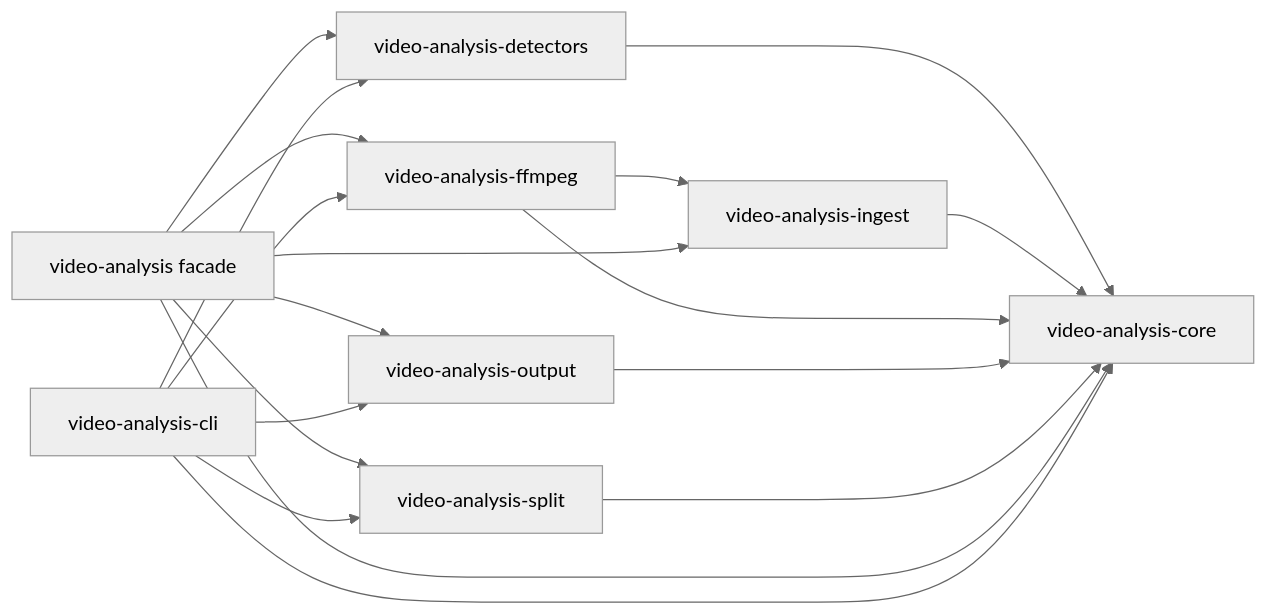
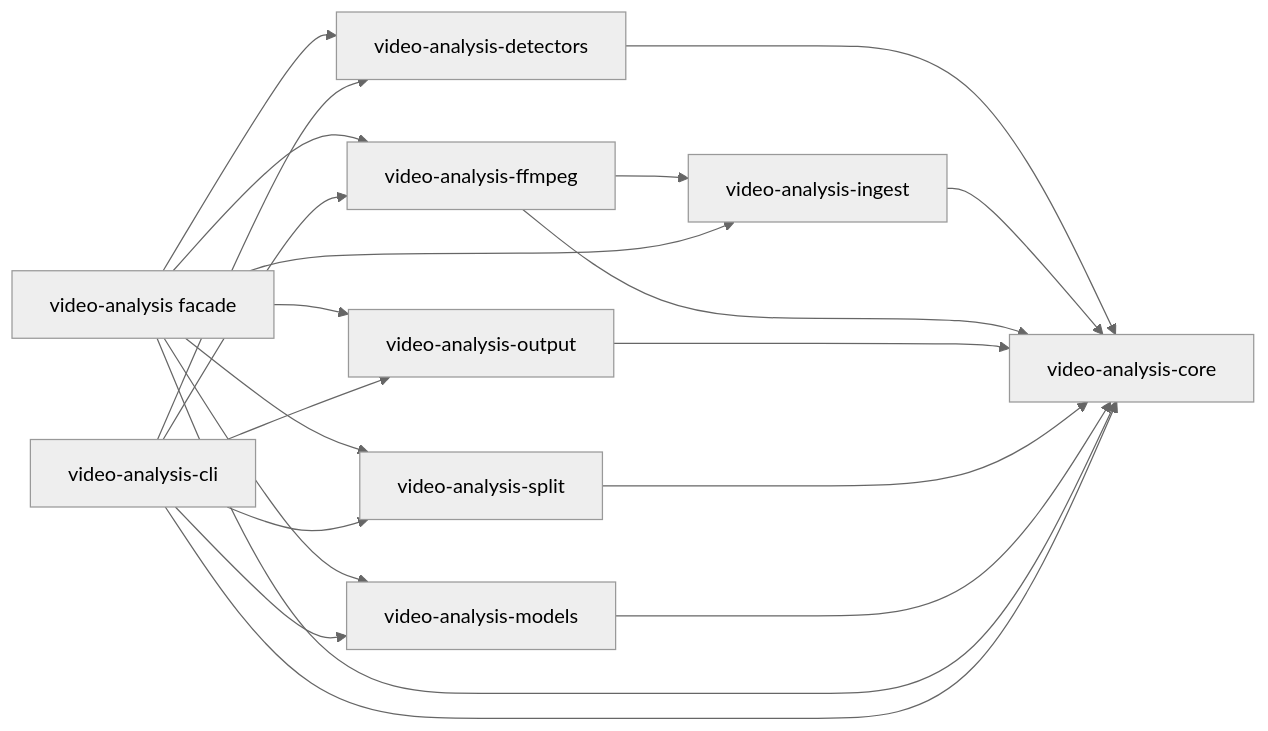
One commit to moritzbrantner/rust-packages changed the diagram in README.md. Above: the diagram before and after it, drawn with Mermaid (neutral theme). The commit also changed other lines of this file and 8 other files, not shown here.

````diff
--- a/README.md
+++ b/README.md
@@ -24,33 +26,37 @@
 ```mermaid
 flowchart LR
     core[video-analysis-core]
 
     detectors[video-analysis-detectors]
     ingest[video-analysis-ingest]
     ffmpeg[video-analysis-ffmpeg]
     output[video-analysis-output]
     split[video-analysis-split]
+    models[video-analysis-models]
 
     root[video-analysis facade]
     cli[video-analysis-cli]
 
     detectors --> core
     ingest --> core
     ffmpeg --> core
     ffmpeg --> ingest
     output --> core
     split --> core
+    models --> core
 
     root --> core
     root --> detectors
     root --> ingest
     root --> ffmpeg
+    root --> models
     root --> output
     root --> split
 
     cli --> core
     cli --> detectors
     cli --> ffmpeg
+    cli --> models
     cli --> output
     cli --> split
 ```
````
